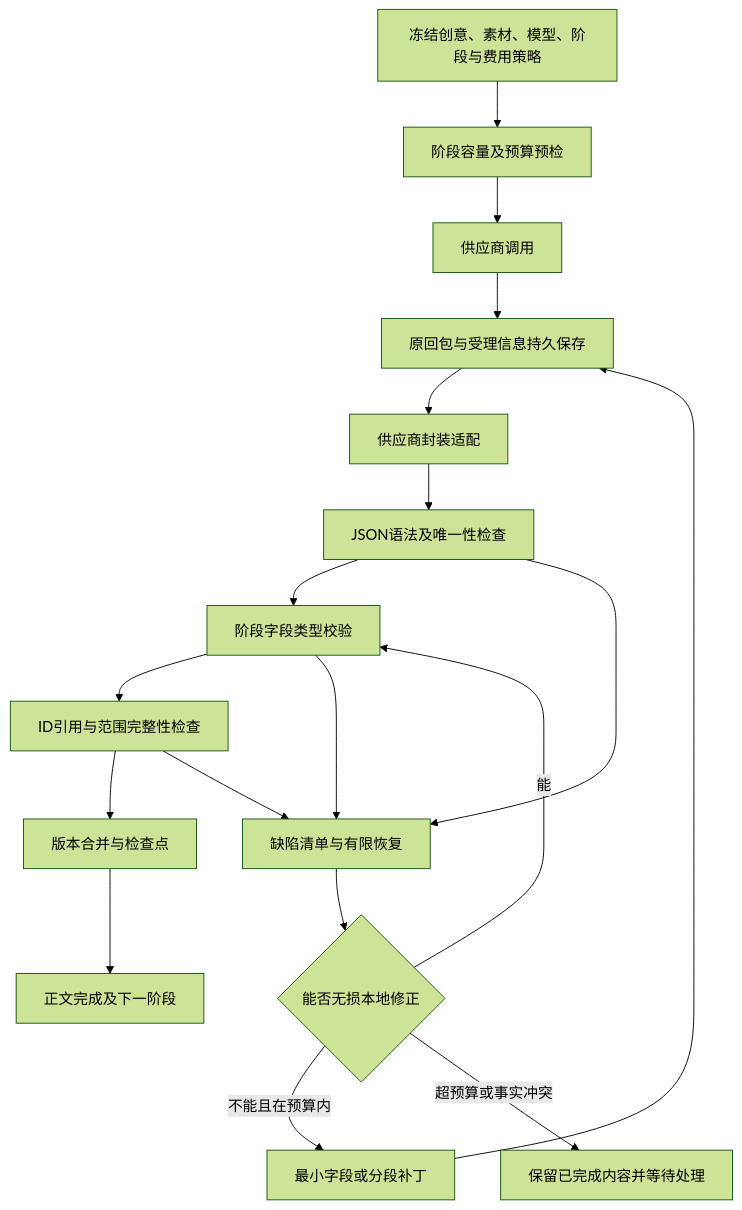
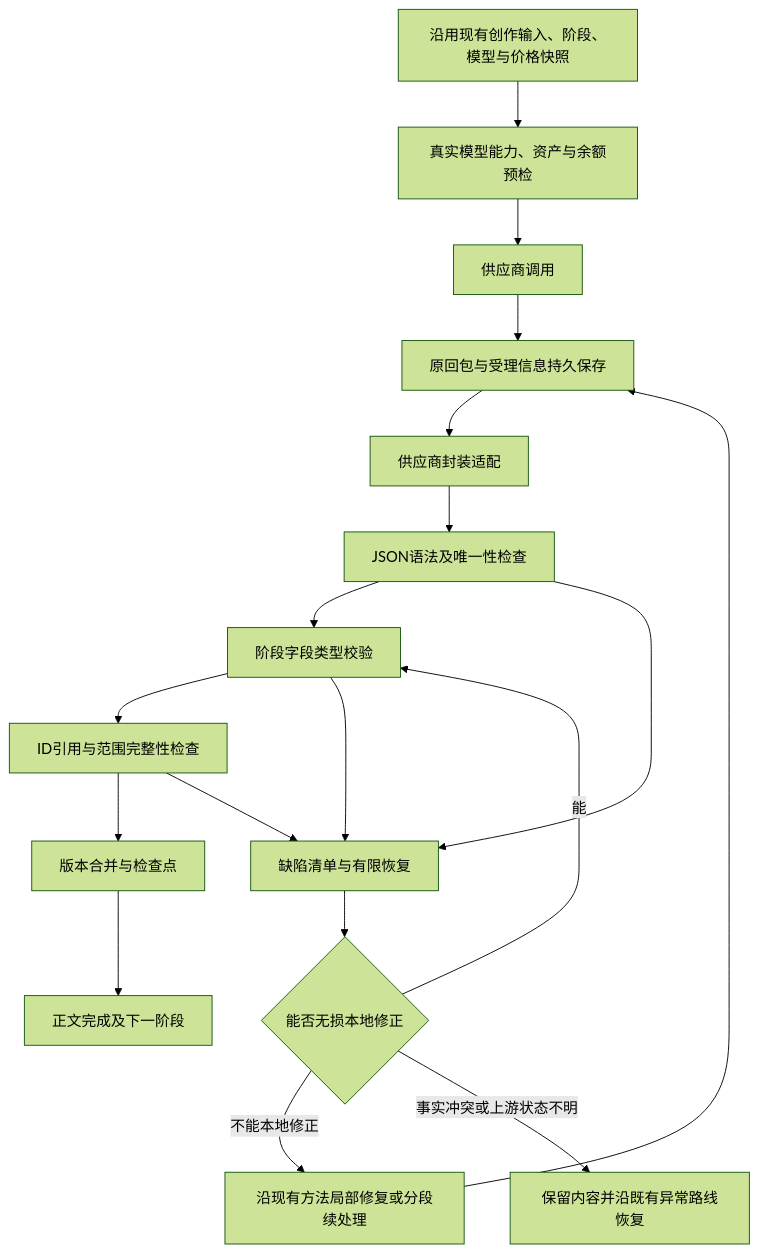
One commit to likeadmin-hub/likeadmin-aigc changed the diagram in docs/short-drama-script-reliability-plan-2026-10-29.md. Above: the diagram before and after it, drawn with Mermaid (forest theme). The commit also changed other lines of this file and 2 other files, not shown here.

````diff
--- a/docs/short-drama-script-reliability-plan-2026-10-29.md
+++ b/docs/short-drama-script-reliability-plan-2026-10-29.md
@@ -75,20 +118,20 @@
 ```mermaid
 flowchart TD
-    A[冻结创意、素材、模型、阶段与费用策略] --> B[阶段容量及预算预检]
+    A[沿用现有创作输入、阶段、模型与价格快照] --> B[真实模型能力、资产与余额预检]
     B --> C[供应商调用]
     C --> D[原回包与受理信息持久保存]
     D --> E[供应商封装适配]
     E --> F[JSON语法及唯一性检查]
     F --> G[阶段字段类型校验]
     G --> H[ID引用与范围完整性检查]
     H --> I[版本合并与检查点]
     I --> J[正文完成及下一阶段]
     F --> K[缺陷清单与有限恢复]
     G --> K
     H --> K
     K --> L{能否无损本地修正}
     L -->|能| G
-    L -->|不能且在预算内| M[最小字段或分段补丁]
+    L -->|不能本地修正| M[沿现有方法局部修复或分段续处理]
     M --> D
-    L -->|超预算或事实冲突| N[保留已完成内容并等待处理]
+    L -->|事实冲突或上游状态不明| N[保留内容并沿既有异常路线恢复]
 ```
````
